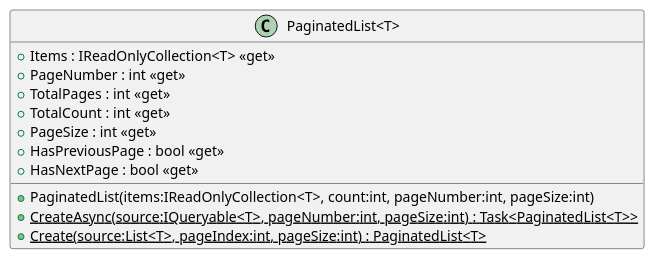
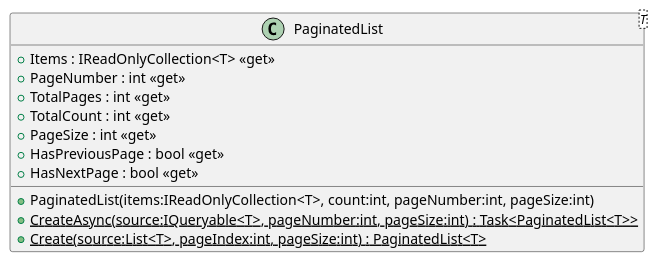
The diagram in common/Models/PaginatedList.puml (thanhkhac/SEP_Diagram), drawn with PlantUML before and after one commit. The commit also changed 17 other files, not shown here.

```diff
--- a/common/Models/PaginatedList.puml
+++ b/common/Models/PaginatedList.puml
@@ -1,14 +1,14 @@
 @startuml
-class "PaginatedList<T>" {
+class "PaginatedList<T>" as PaginatedList {
     + Items : IReadOnlyCollection<T> <<get>>
     + PageNumber : int <<get>>
     + TotalPages : int <<get>>
     + TotalCount : int <<get>>
     + PageSize : int <<get>>
     + HasPreviousPage : bool <<get>>
     + HasNextPage : bool <<get>>
     + PaginatedList(items:IReadOnlyCollection<T>, count:int, pageNumber:int, pageSize:int)
     + {static} CreateAsync(source:IQueryable<T>, pageNumber:int, pageSize:int) : Task<PaginatedList<T>>
     + {static} Create(source:List<T>, pageIndex:int, pageSize:int) : PaginatedList<T>
 }
 @enduml
```
